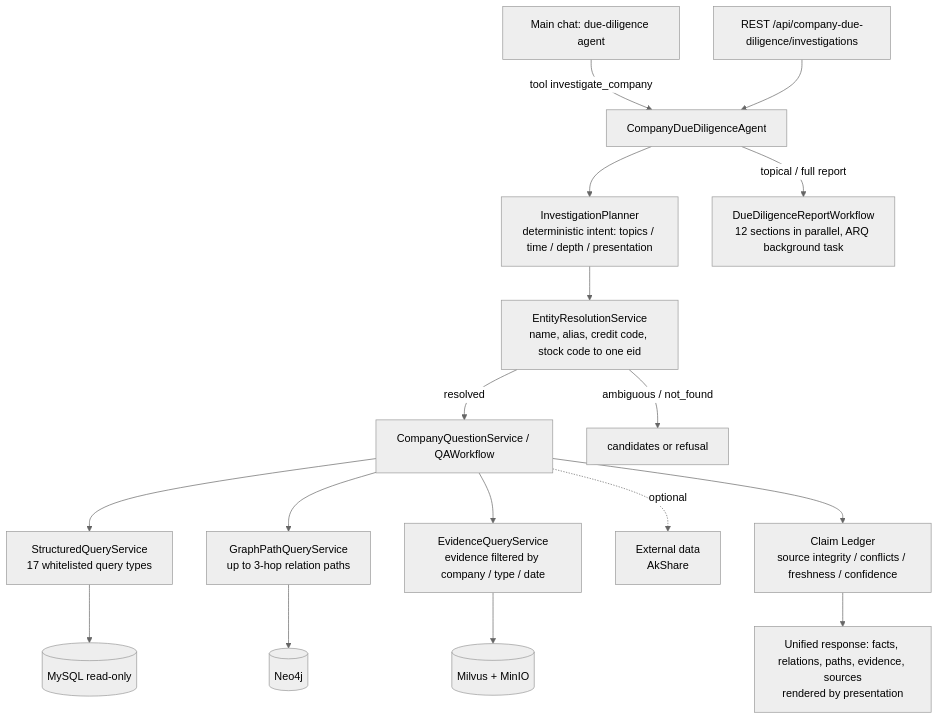
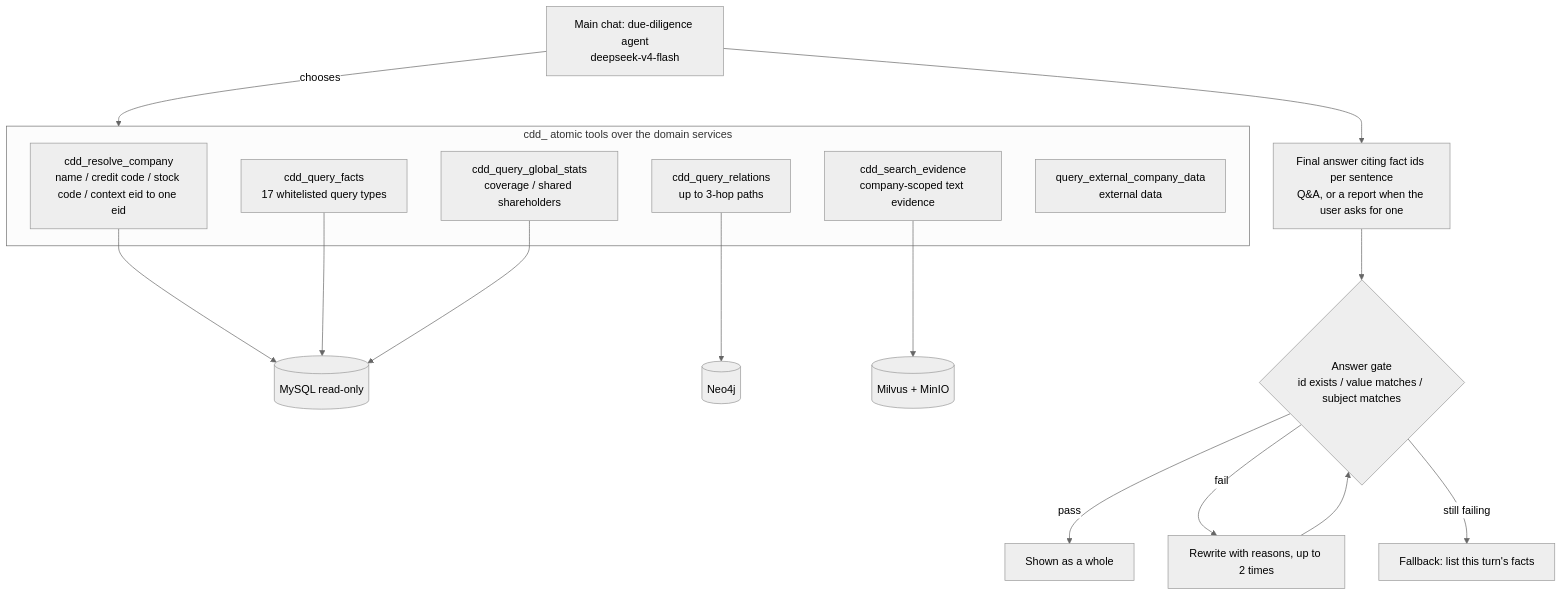
Before and after one commit to 1yu2/company-relation: the second of 3 diagrams in README.en.md, drawn with Mermaid (neutral theme). The commit also changed other lines of this file and 78 other files, not shown here.

First line of the commit message:
refactor(cdd): 企业尽调整体 Agent 化，移除确定性工作流与旧报告链路

````diff
--- a/README.en.md
+++ b/README.en.md
@@ -45,19 +45,21 @@
 ```mermaid
 flowchart TB
-    Chat[Main chat: due-diligence agent] -->|tool investigate_company| Agent
-    REST[REST /api/company-due-diligence/investigations] --> Agent
-    Agent[CompanyDueDiligenceAgent] --> Plan[InvestigationPlanner<br/>deterministic intent: topics / time / depth / presentation]
-    Plan --> Resolve[EntityResolutionService<br/>name, alias, credit code, stock code to one eid]
-    Resolve -->|resolved| QA[CompanyQuestionService / QAWorkflow]
-    Resolve -->|ambiguous / not_found| Reject[candidates or refusal]
-    QA --> SQ[StructuredQueryService<br/>17 whitelisted query types]
-    QA --> GP[GraphPathQueryService<br/>up to 3-hop relation paths]
-    QA --> EV[EvidenceQueryService<br/>evidence filtered by company / type / date]
-    QA -.optional.-> EXT[External data<br/>AkShare]
-    SQ --> MY[(MySQL read-only)]
-    GP --> NEO[(Neo4j)]
-    EV --> MV[(Milvus + MinIO)]
-    QA --> Ledger[Claim Ledger<br/>source integrity / conflicts / freshness / confidence]
-    Ledger --> Out[Unified response: facts, relations, paths, evidence, sources<br/>rendered by presentation]
-    Agent -->|topical / full report| Report[DueDiligenceReportWorkflow<br/>12 sections in parallel, ARQ background task]
+    Chat[Main chat: due-diligence agent<br/>deepseek-v4-flash] -->|chooses| Tools
+    subgraph Tools[cdd_ atomic tools over the domain services]
+        R[cdd_resolve_company<br/>name / credit code / stock code / context eid to one eid]
+        F[cdd_query_facts<br/>17 whitelisted query types]
+        P[cdd_query_relations<br/>up to 3-hop paths]
+        E[cdd_search_evidence<br/>company-scoped text evidence]
+        G[cdd_query_global_stats<br/>coverage / shared shareholders]
+        X[query_external_company_data<br/>external data]
+    end
+    R & F & G --> MY[(MySQL read-only)]
+    P --> NEO[(Neo4j)]
+    E --> MV[(Milvus + MinIO)]
+    Chat --> Ans[Final answer citing fact ids per sentence<br/>Q&A, or a report when the user asks for one]
+    Ans --> Gate{Answer gate<br/>id exists / value matches / subject matches}
+    Gate -->|pass| Out[Shown as a whole]
+    Gate -->|fail| Rewrite[Rewrite with reasons, up to 2 times]
+    Rewrite --> Gate
+    Gate -->|still failing| Fallback[Fallback: list this turn's facts]
 ```
````
